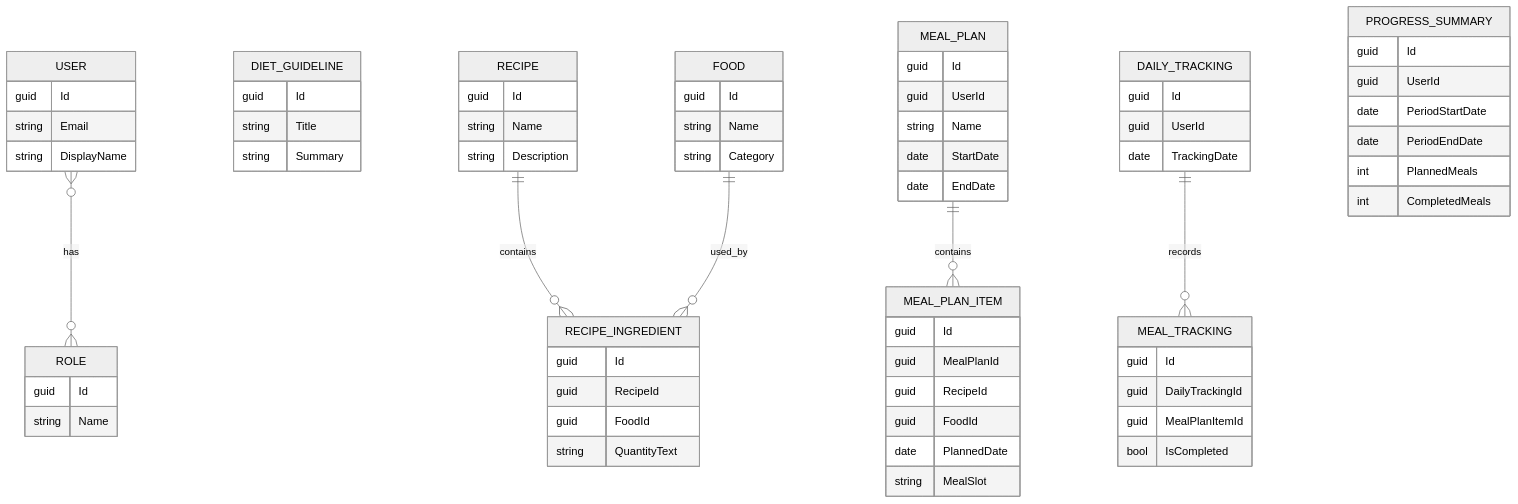
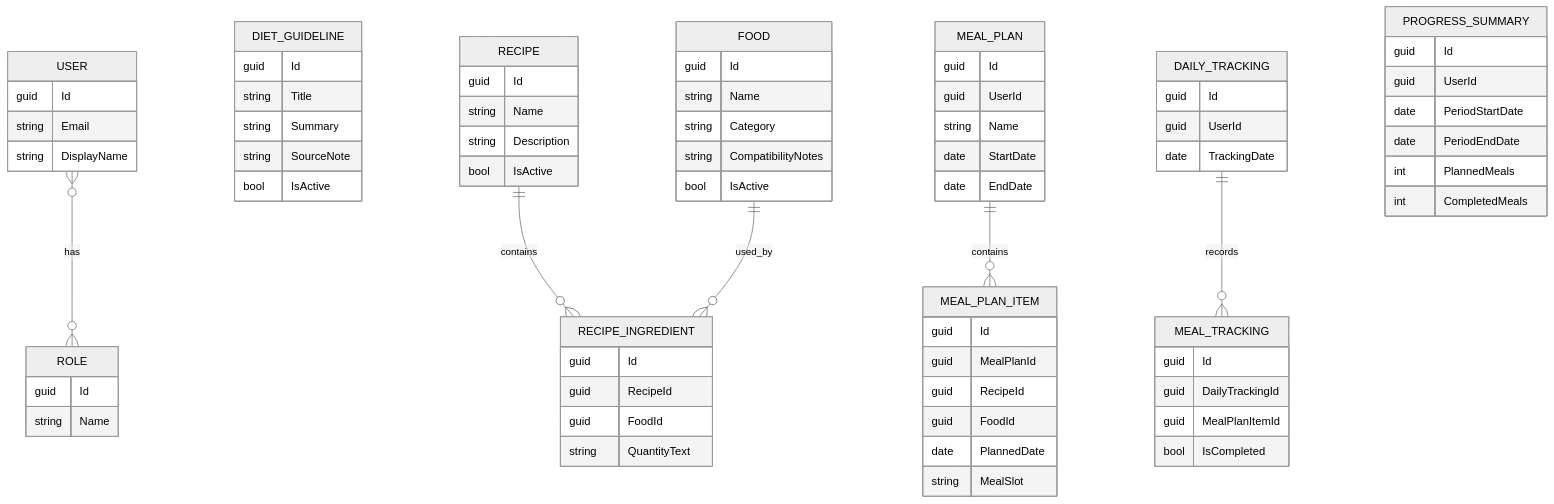
One commit to HAIANH29/PRN232_ASM_PROJECT changed the diagram in docs/erd/Conceptual-ERD.md. Above: the diagram before and after it, drawn with Mermaid (neutral theme). The commit also changed 37 other files, not shown here.

```diff
--- a/docs/erd/Conceptual-ERD.md
+++ b/docs/erd/Conceptual-ERD.md
@@ -17,18 +17,23 @@
         guid Id
         string Title
         string Summary
+        string SourceNote
+        bool IsActive
     }
 
     FOOD {
         guid Id
         string Name
         string Category
+        string CompatibilityNotes
+        bool IsActive
     }
 
     RECIPE {
         guid Id
         string Name
         string Description
+        bool IsActive
     }
 
     RECIPE_INGREDIENT {
```
